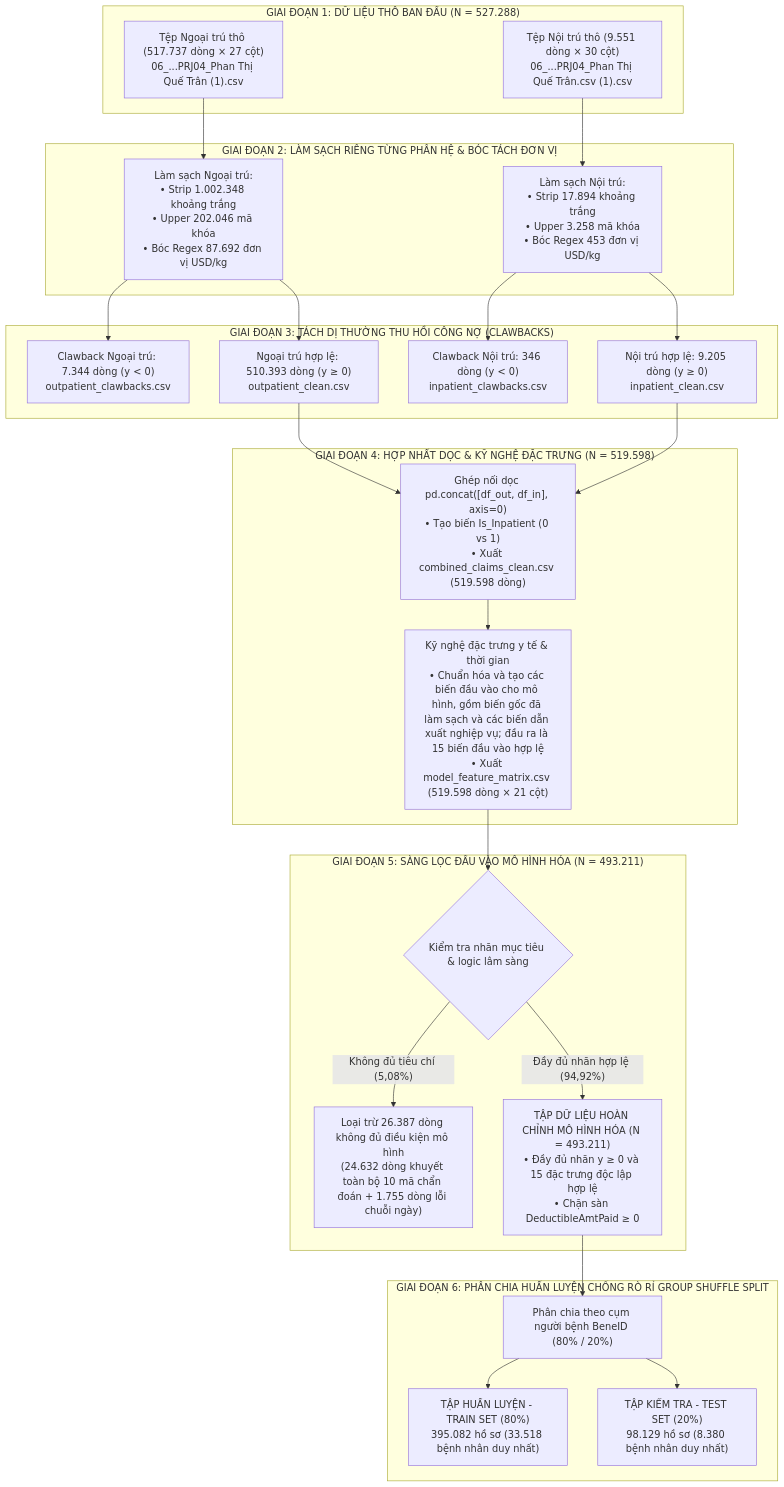
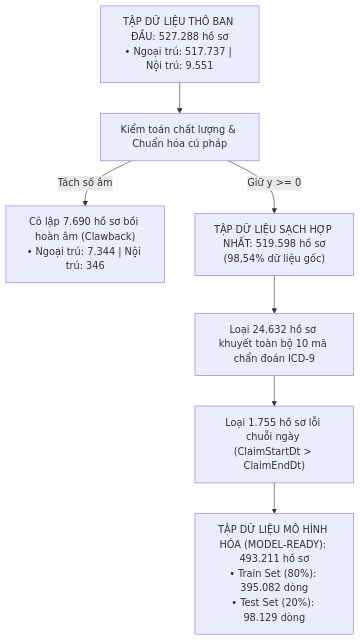
One commit to 2521001108-cell/kt changed the diagram in tiểu luận.3.qmd. Above: the diagram before and after it, drawn with Mermaid. The commit also changed other lines of this file, not shown here.

Commit message:
Cap nhat tieu luan rut gon 41 trang, sua dien giai XGBoost va bo sung day du bang chung thuc nghiem

````diff
--- a/tiểu luận.3.qmd
+++ b/tiểu luận.3.qmd
@@ -1347,58 +268,15 @@
-```{mermaid}
-%%| label: fig-luong-du-lieu
-%%| fig-cap: "Sơ đồ luồng xử lý và phân tách dữ liệu hoàn chỉnh từ hai tệp thô ban đầu đến tập mô hình hóa"
+```mermaid
 flowchart TD
-    subgraph GiaiDoan1["GIAI ĐOẠN 1: DỮ LIỆU THÔ BAN ĐẦU (N = 527.288)"]
-        RawOut["Tệp Ngoại trú thô (517.737 dòng × 27 cột)<br/>06_...PRJ04_Phan Thị Quế Trân (1).csv"]
-        RawIn["Tệp Nội trú thô (9.551 dòng × 30 cột)<br/>06_...PRJ04_Phan Thị Quế Trân.csv (1).csv"]
-    end
-
-    subgraph GiaiDoan2["GIAI ĐOẠN 2: LÀM SẠCH RIÊNG TỪNG PHÂN HỆ & BÓC TÁCH ĐƠN VỊ"]
-        CleanOutStep["Làm sạch Ngoại trú:<br/>• Strip 1.002.348 khoảng trắng<br/>• Upper 202.046 mã khóa<br/>• Bóc Regex 87.692 đơn vị USD/kg"]
-        CleanInStep["Làm sạch Nội trú:<br/>• Strip 17.894 khoảng trắng<br/>• Upper 3.258 mã khóa<br/>• Bóc Regex 453 đơn vị USD/kg"]
-        RawOut --> CleanOutStep
-        RawIn --> CleanInStep
-    end
-
-    subgraph GiaiDoan3["GIAI ĐOẠN 3: TÁCH DỊ THƯỜNG THU HỒI CÔNG NỢ (CLAWBACKS)"]
-        ClawOut["Clawback Ngoại trú: 7.344 dòng (y < 0)<br/>outpatient_clawbacks.csv"]
-        ValidOut["Ngoại trú hợp lệ: 510.393 dòng (y ≥ 0)<br/>outpatient_clean.csv"]
-        ClawIn["Clawback Nội trú: 346 dòng (y < 0)<br/>inpatient_clawbacks.csv"]
-        ValidIn["Nội trú hợp lệ: 9.205 dòng (y ≥ 0)<br/>inpatient_clean.csv"]
-        
-        CleanOutStep --> ClawOut
-        CleanOutStep --> ValidOut
-        CleanInStep --> ClawIn
-        CleanInStep --> ValidIn
-    end
-
-    subgraph GiaiDoan4["GIAI ĐOẠN 4: HỢP NHẤT DỌC & KỸ NGHỆ ĐẶC TRƯNG (N = 519.598)"]
-        ConcatStep["Ghép nối dọc pd.concat([df_out, df_in], axis=0)<br/>• Tạo biến Is_Inpatient (0 vs 1)<br/>• Xuất combined_claims_clean.csv (519.598 dòng)"]
-        ValidOut --> ConcatStep
-        ValidIn --> ConcatStep
-        
-        FeatEng["Kỹ nghệ đặc trưng y tế & thời gian<br/>• Chuẩn hóa và tạo các biến đầu vào cho mô hình, gồm biến gốc đã làm sạch và các biến dẫn xuất nghiệp vụ; đầu ra là 15 biến đầu vào hợp lệ<br/>• Xuất model_feature_matrix.csv (519.598 dòng × 21 cột)"]
-        ConcatStep --> FeatEng
-    end
-
-    subgraph GiaiDoan5["GIAI ĐOẠN 5: SÀNG LỌC ĐẦU VÀO MÔ HÌNH HÓA (N = 493.211)"]
-        FilterStep{"Kiểm tra nhãn mục tiêu & logic lâm sàng"}
-        FeatEng --> FilterStep
-        
-        DropTarget["Loại trừ 26.387 dòng không đủ điều kiện mô hình<br/>(24.632 dòng khuyết toàn bộ 10 mã chẩn đoán + 1.755 dòng lỗi chuỗi ngày)"]
-        FilterStep -- "Không đủ tiêu chí (5,08%)" --> DropTarget
-        
-        ModelReady["TẬP DỮ LIỆU HOÀN CHỈNH MÔ HÌNH HÓA (N = 493.211)<br/>• Đầy đủ nhãn y ≥ 0 và 15 đặc trưng độc lập hợp lệ<br/>• Chặn sàn DeductibleAmtPaid ≥ 0"]
-        FilterStep -- "Đầy đủ nhãn hợp lệ (94,92%)" --> ModelReady
-    end
-
-    subgraph GiaiDoan6["GIAI ĐOẠN 6: PHÂN CHIA HUẤN LUYỆN CHỐNG RÒ RỈ GROUP SHUFFLE SPLIT"]
-        SplitStep["Phân chia theo cụm người bệnh BeneID (80% / 20%)"]
-        ModelReady --> SplitStep
-        
-        TrainSet["TẬP HUẤN LUYỆN - TRAIN SET (80%)<br/>395.082 hồ sơ (33.518 bệnh nhân duy nhất)"]
-        TestSet["TẬP KIỂM TRA - TEST SET (20%)<br/>98.129 hồ sơ (8.380 bệnh nhân duy nhất)"]
-        SplitStep --> TrainSet
-        SplitStep --> TestSet
-    end
+    Raw["TẬP DỮ LIỆU THÔ BAN ĐẦU: 527.288 hồ sơ<br/>• Ngoại trú: 517.737 | Nội trú: 9.551"]
+    Audit["Kiểm toán chất lượng & Chuẩn hóa cú pháp"]
+    Clawback["Cô lập 7.690 hồ sơ bồi hoàn âm (Clawback)<br/>• Ngoại trú: 7.344 | Nội trú: 346"]
+    Clean["TẬP DỮ LIỆU SẠCH HỢP NHẤT: 519.598 hồ sơ<br/>(98,54% dữ liệu gốc)"]
+    Filter1["Loại 24.632 hồ sơ khuyết toàn bộ 10 mã chẩn đoán ICD-9"]
+    Filter2["Loại 1.755 hồ sơ lỗi chuỗi ngày (ClaimStartDt > ClaimEndDt)"]
+    ModelReady["TẬP DỮ LIỆU MÔ HÌNH HÓA (MODEL-READY): 493.211 hồ sơ<br/>• Train Set (80%): 395.082 dòng<br/>• Test Set (20%): 98.129 dòng"]
+    
+    Raw --> Audit
+    Audit -->|Tách số âm| Clawback
+    Audit -->|Giữ y >= 0| Clean
+    Clean --> Filter1 --> Filter2 --> ModelReady
 ```
````
